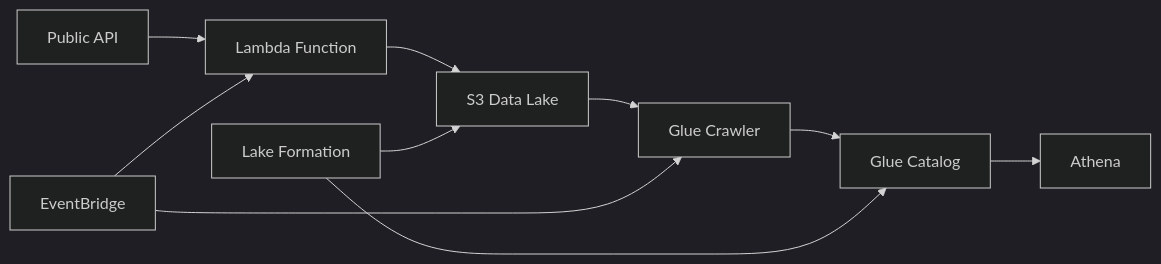
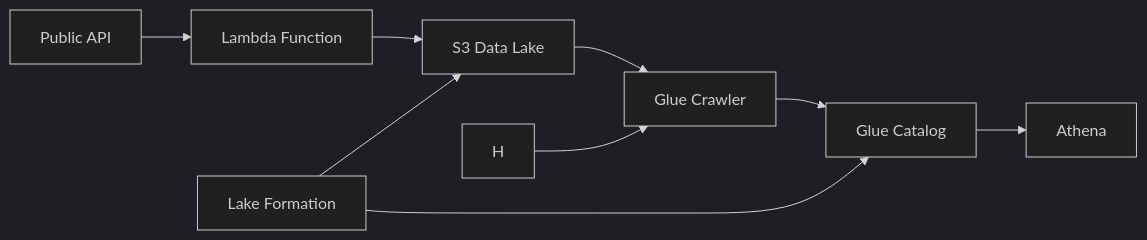
The diagram in README.md (elkingiraldo/data-pipeline-cdk), drawn with Mermaid (dark theme) before and after one commit.

````diff
--- a/README.md
+++ b/README.md
@@ -26,12 +26,11 @@
 ```mermaid
 graph LR
     A[Public API] --> B[Lambda Function]
     B --> C[S3 Data Lake]
     C --> D[Glue Crawler]
     D --> E[Glue Catalog]
     E --> F[Athena]
     G[Lake Formation] --> C
     G --> E
-    H[EventBridge] --> B
     H --> D
 ```
````
